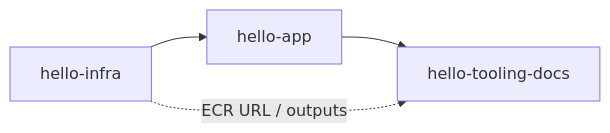
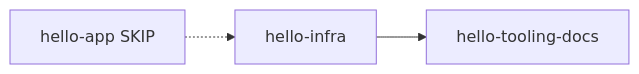
The diagram in aidlc-docs/inception/application-design/unit-of-work-dependency.md (welligtoncos/ia-dlc-ecs-fargate-alb-service), drawn with Mermaid before and after one commit. The commit also changed other lines of this file and 23 other files, not shown here.

````diff
--- a/aidlc-docs/inception/application-design/unit-of-work-dependency.md
+++ b/aidlc-docs/inception/application-design/unit-of-work-dependency.md
@@ -27,6 +16,5 @@
 ```mermaid
 flowchart LR
-    Infra["hello-infra"] --> App["hello-app"]
-    App --> Tooling["hello-tooling-docs"]
-    Infra -.->|ECR URL / outputs| Tooling
+  App["hello-app SKIP"] -.-> Infra["hello-infra"]
+  Infra --> Tool["hello-tooling-docs"]
 ```
````
